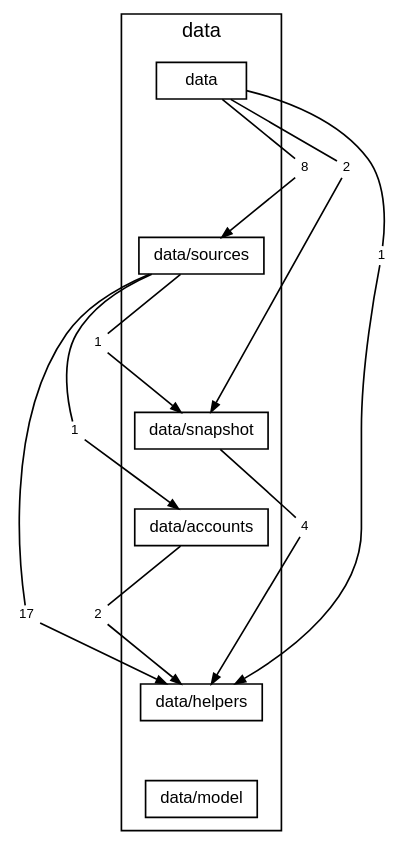
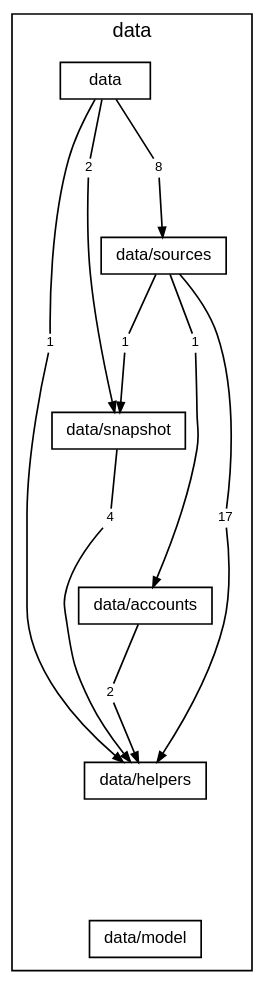
One commit to TheAxeC/oculus changed the diagram in docs/diagrams/layer-data.dot. Above: the diagram before and after it, drawn with Graphviz. The commit also changed 33 other files, not shown here.

First line of the commit message:
Land Q74: the layer diagrams readable with every count clear

```diff
--- a/docs/diagrams/layer-data.dot
+++ b/docs/diagrams/layer-data.dot
@@ -1,43 +1,43 @@
 digraph layer_data {
     graph [bgcolor="transparent", rankdir=TB, newrank=true, fontname="Helvetica,Arial,sans-serif", fontsize=12, nodesep=0.2, ranksep=0.5];
     node [shape=box, color="black", fontcolor="black", fontname="Helvetica,Arial,sans-serif", fontsize=10, height=0.3, margin="0.12,0.04"];
     edge [color="black", fontcolor="black", fontname="Helvetica,Arial,sans-serif", fontsize=8, arrowsize=0.6];
     subgraph "cluster_data" {
         label="data"; style=solid;
         "folder data" [label="data"];
         "folder data/sources" [label="data/sources"];
         "folder data/snapshot" [label="data/snapshot"];
         "folder data/accounts" [label="data/accounts"];
         "folder data/helpers" [label="data/helpers"];
         "folder data/model" [label="data/model"];
+        "folder data to folder data/helpers" [label="1", shape=box, color="transparent", fontsize=8, width=0, height=0, margin="0.04,0.02"];
+        "folder data to folder data/snapshot" [label="2", shape=box, color="transparent", fontsize=8, width=0, height=0, margin="0.04,0.02"];
+        "folder data to folder data/sources" [label="8", shape=box, color="transparent", fontsize=8, width=0, height=0, margin="0.04,0.02"];
+        "folder data/sources to folder data/accounts" [label="1", shape=box, color="transparent", fontsize=8, width=0, height=0, margin="0.04,0.02"];
+        "folder data/sources to folder data/helpers" [label="17", shape=box, color="transparent", fontsize=8, width=0, height=0, margin="0.04,0.02"];
+        "folder data/sources to folder data/snapshot" [label="1", shape=box, color="transparent", fontsize=8, width=0, height=0, margin="0.04,0.02"];
+        "folder data/snapshot to folder data/helpers" [label="4", shape=box, color="transparent", fontsize=8, width=0, height=0, margin="0.04,0.02"];
+        "folder data/accounts to folder data/helpers" [label="2", shape=box, color="transparent", fontsize=8, width=0, height=0, margin="0.04,0.02"];
     }
-    "folder data" -> "folder data/sources" [style=invis, weight=10];
-    "folder data/sources" -> "folder data/snapshot" [style=invis, weight=10];
-    "folder data/snapshot" -> "folder data/accounts" [style=invis, weight=10];
-    "folder data/accounts" -> "folder data/helpers" [style=invis, weight=10];
-    "folder data/helpers" -> "folder data/model" [style=invis, weight=10];
-    "folder data to folder data/helpers" [label="1", shape=box, color="transparent", fontsize=8, width=0, height=0, margin="0.04,0.02"];
-    "folder data" -> "folder data to folder data/helpers" [arrowhead=none];
+    "folder data" -> "folder data/sources" [style=invis, weight=10, minlen=2];
+    "folder data/sources" -> "folder data/snapshot" [style=invis, weight=10, minlen=2];
+    "folder data/snapshot" -> "folder data/accounts" [style=invis, weight=10, minlen=2];
+    "folder data/accounts" -> "folder data/helpers" [style=invis, weight=10, minlen=2];
+    "folder data/helpers" -> "folder data/model" [style=invis, weight=10, minlen=2];
+    "folder data" -> "folder data to folder data/helpers" [arrowhead=none, minlen=3, weight=10];
     "folder data to folder data/helpers" -> "folder data/helpers" [];
-    "folder data to folder data/snapshot" [label="2", shape=box, color="transparent", fontsize=8, width=0, height=0, margin="0.04,0.02"];
-    "folder data" -> "folder data to folder data/snapshot" [arrowhead=none];
+    "folder data" -> "folder data to folder data/snapshot" [arrowhead=none, minlen=1, weight=10];
     "folder data to folder data/snapshot" -> "folder data/snapshot" [];
-    "folder data to folder data/sources" [label="8", shape=box, color="transparent", fontsize=8, width=0, height=0, margin="0.04,0.02"];
-    "folder data" -> "folder data to folder data/sources" [arrowhead=none];
+    "folder data" -> "folder data to folder data/sources" [arrowhead=none, minlen=1, weight=10];
     "folder data to folder data/sources" -> "folder data/sources" [];
-    "folder data/accounts to folder data/helpers" [label="2", shape=box, color="transparent", fontsize=8, width=0, height=0, margin="0.04,0.02"];
-    "folder data/accounts" -> "folder data/accounts to folder data/helpers" [arrowhead=none];
+    "folder data/sources" -> "folder data/sources to folder data/accounts" [arrowhead=none, minlen=1, weight=10];
+    "folder data/sources to folder data/accounts" -> "folder data/accounts" [];
+    "folder data/sources" -> "folder data/sources to folder data/helpers" [arrowhead=none, minlen=3, weight=10];
+    "folder data/sources to folder data/helpers" -> "folder data/helpers" [];
+    "folder data/sources" -> "folder data/sources to folder data/snapshot" [arrowhead=none, minlen=1, weight=10];
+    "folder data/sources to folder data/snapshot" -> "folder data/snapshot" [];
+    "folder data/snapshot" -> "folder data/snapshot to folder data/helpers" [arrowhead=none, minlen=1, weight=10];
+    "folder data/snapshot to folder data/helpers" -> "folder data/helpers" [];
+    "folder data/accounts" -> "folder data/accounts to folder data/helpers" [arrowhead=none, minlen=1, weight=10];
     "folder data/accounts to folder data/helpers" -> "folder data/helpers" [];
-    "folder data/snapshot to folder data/helpers" [label="4", shape=box, color="transparent", fontsize=8, width=0, height=0, margin="0.04,0.02"];
-    "folder data/snapshot" -> "folder data/snapshot to folder data/helpers" [arrowhead=none];
-    "folder data/snapshot to folder data/helpers" -> "folder data/helpers" [];
-    "folder data/sources to folder data/accounts" [label="1", shape=box, color="transparent", fontsize=8, width=0, height=0, margin="0.04,0.02"];
-    "folder data/sources" -> "folder data/sources to folder data/accounts" [arrowhead=none];
-    "folder data/sources to folder data/accounts" -> "folder data/accounts" [];
-    "folder data/sources to folder data/helpers" [label="17", shape=box, color="transparent", fontsize=8, width=0, height=0, margin="0.04,0.02"];
-    "folder data/sources" -> "folder data/sources to folder data/helpers" [arrowhead=none];
-    "folder data/sources to folder data/helpers" -> "folder data/helpers" [];
-    "folder data/sources to folder data/snapshot" [label="1", shape=box, color="transparent", fontsize=8, width=0, height=0, margin="0.04,0.02"];
-    "folder data/sources" -> "folder data/sources to folder data/snapshot" [arrowhead=none];
-    "folder data/sources to folder data/snapshot" -> "folder data/snapshot" [];
 }
```
